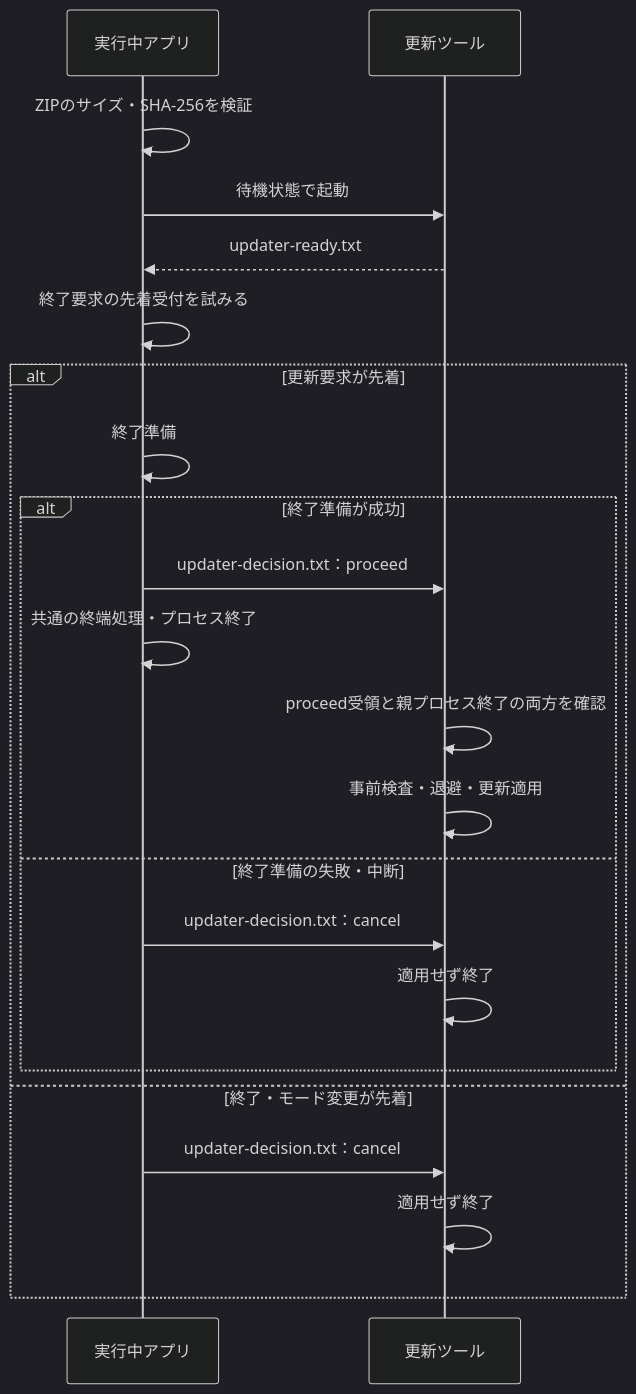
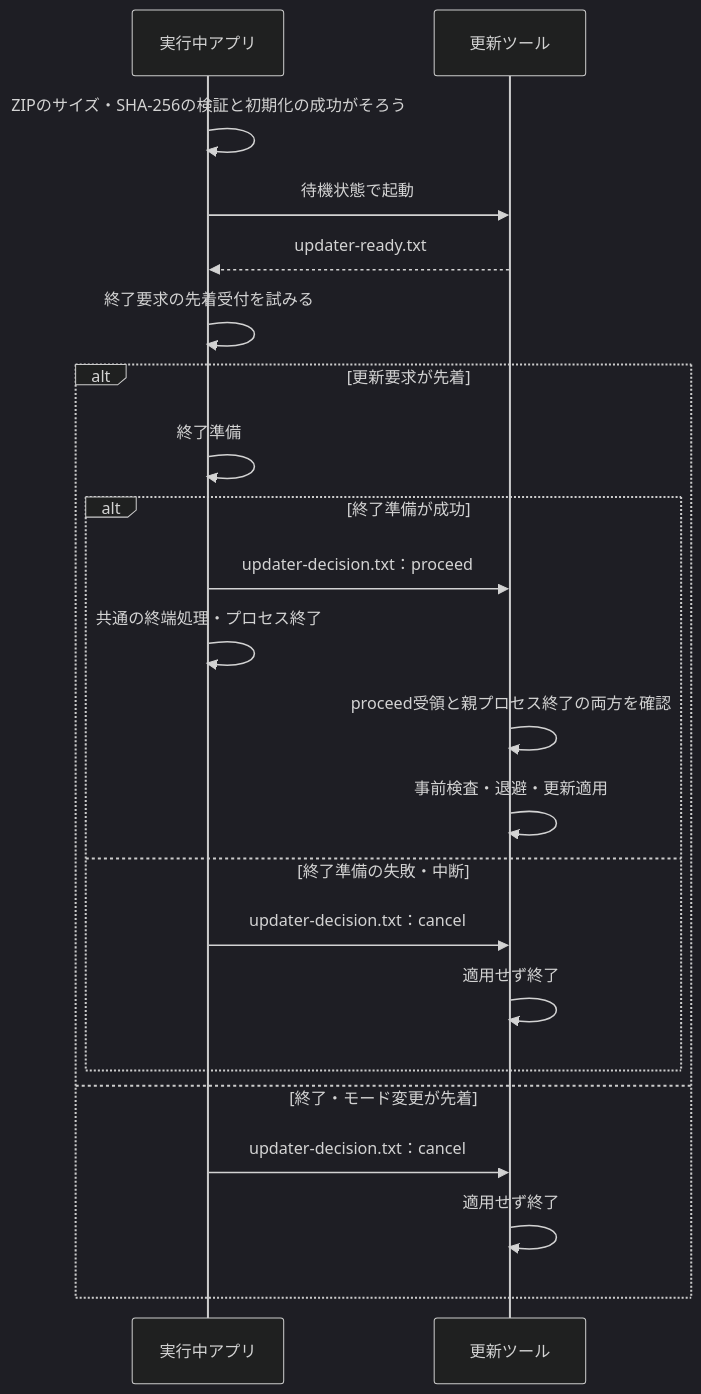
Before and after one commit to Neeted/bemusicseeker-unofficial-fork: the first of 2 diagrams in devdocs/spec/integration/portable-update.md, drawn with Mermaid (dark theme). The commit also changed other lines of this file and 33 other files, not shown here.

````diff
--- a/devdocs/spec/integration/portable-update.md
+++ b/devdocs/spec/integration/portable-update.md
@@ -108,24 +131,24 @@
 ```mermaid
 sequenceDiagram
     participant App as 実行中アプリ
     participant Updater as 更新ツール
-    App->>App: ZIPのサイズ・SHA-256を検証
+    App->>App: ZIPのサイズ・SHA-256の検証と初期化の成功がそろう
     App->>Updater: 待機状態で起動
     Updater-->>App: updater-ready.txt
     App->>App: 終了要求の先着受付を試みる
     alt 更新要求が先着
         App->>App: 終了準備
         alt 終了準備が成功
             App->>Updater: updater-decision.txt：proceed
             App->>App: 共通の終端処理・プロセス終了
             Updater->>Updater: proceed受領と親プロセス終了の両方を確認
             Updater->>Updater: 事前検査・退避・更新適用
         else 終了準備の失敗・中断
             App->>Updater: updater-decision.txt：cancel
             Updater->>Updater: 適用せず終了
         end
     else 終了・モード変更が先着
         App->>Updater: updater-decision.txt：cancel
         Updater->>Updater: 適用せず終了
     end
 ```
````
